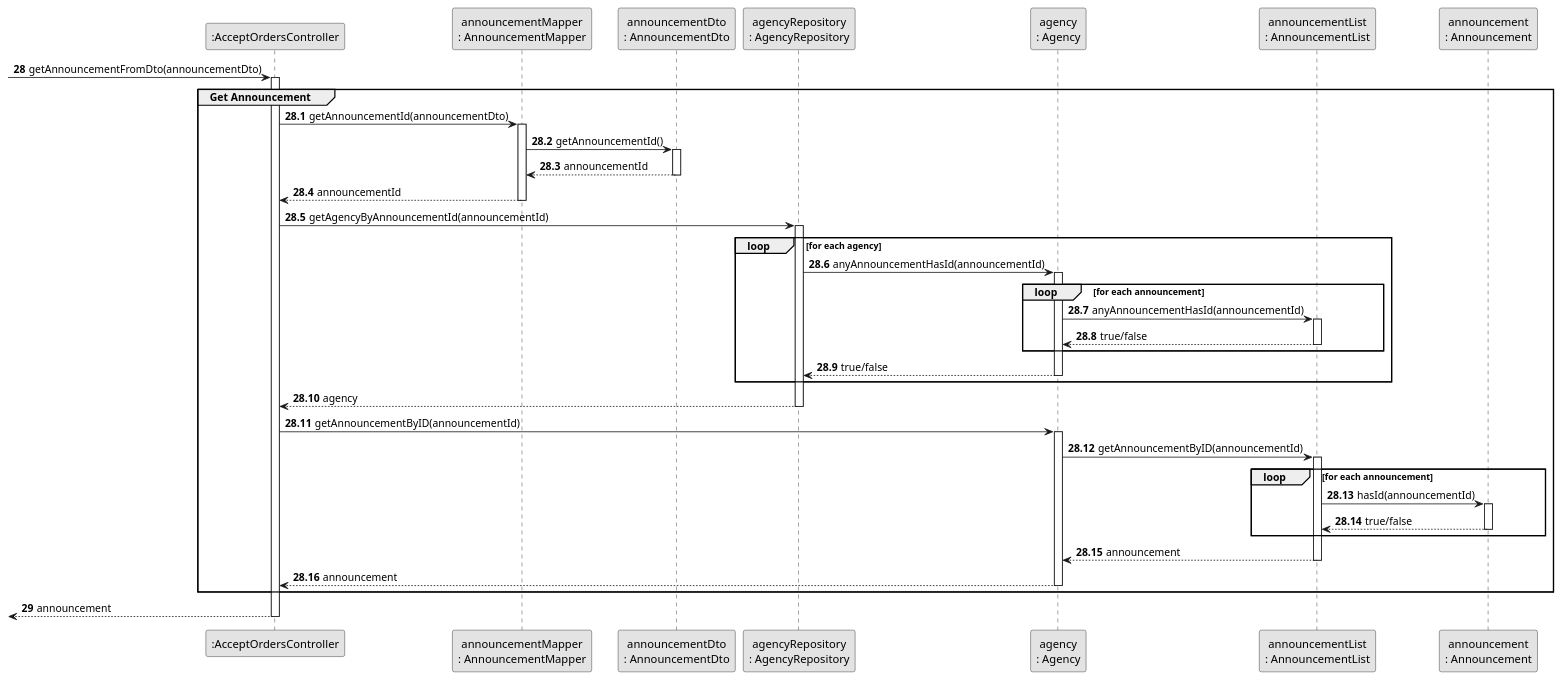
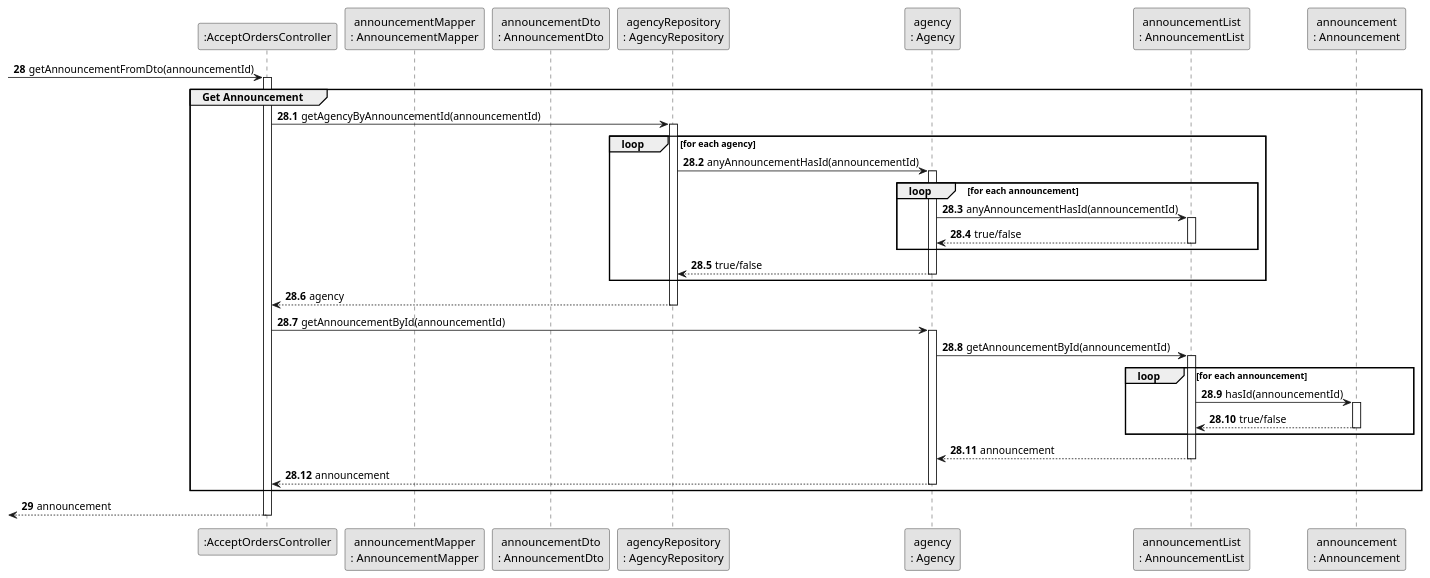
One commit to rita-barbosa/LAPR2-2223 changed the diagram in docs/sprintC/us011/03.design/puml/us011-sequence-diagram-partial-get-announcement.puml. Above: the diagram before and after it, drawn with PlantUML. The commit also changed 11 other files, not shown here.

Commit message:
Update diagrams: sequence & class [US011][Design][#05 Task]

```diff
--- a/docs/sprintC/us011/03.design/puml/us011-sequence-diagram-partial-get-announcement.puml
+++ b/docs/sprintC/us011/03.design/puml/us011-sequence-diagram-partial-get-announcement.puml
@@ -1,83 +1,73 @@
 @startuml
 skinparam monochrome true
 skinparam packageStyle rectangle
 skinparam shadowing false
 
 
 participant ":AcceptOrdersController" as CTRL
 participant "announcementMapper\n: AnnouncementMapper" as AnnMAPPER
 participant "announcementDto\n: AnnouncementDto" as AnnDTO
 participant "agencyRepository\n: AgencyRepository" as AgRep
 participant "agency\n: Agency" as AGENCY
 participant "announcementList\n: AnnouncementList" as AnnList
 participant "announcement\n: Announcement" as Announce
 
 autonumber 28
-    -> CTRL: getAnnouncementFromDto(announcementDto)
+    -> CTRL: getAnnouncementFromDto(announcementId)
     activate CTRL
 group Get Announcement
 autonumber 28.1
-    CTRL -> AnnMAPPER: getAnnouncementId(announcementDto)
-    activate AnnMAPPER
 
-    AnnMAPPER -> AnnDTO: getAnnouncementId()
-    activate AnnDTO
-
-    AnnDTO --> AnnMAPPER: announcementId
-    deactivate AnnDTO
-
-    AnnMAPPER --> CTRL: announcementId
-    deactivate AnnMAPPER
 
     CTRL -> AgRep: getAgencyByAnnouncementId(announcementId)
     activate AgRep
 
         loop for each agency
 
         AgRep -> AGENCY :  anyAnnouncementHasId(announcementId)
         activate AGENCY
             loop for each announcement
 
             AGENCY -> AnnList:  anyAnnouncementHasId(announcementId)
             activate AnnList
             AnnList --> AGENCY: true/false
             deactivate AnnList
 
             end loop
         AGENCY --> AgRep: true/false
         deactivate AGENCY
 
         end loop
 
     AgRep --> CTRL : agency
     deactivate AgRep
 
-    CTRL -> AGENCY :  getAnnouncementByID(announcementId)
+    CTRL -> AGENCY :  getAnnouncementById(announcementId)
     activate AGENCY
 
-    AGENCY -> AnnList : getAnnouncementByID(announcementId)
+    AGENCY -> AnnList : getAnnouncementById(announcementId)
     activate AnnList
 
         loop  for each announcement
 
         AnnList -> Announce : hasId(announcementId)
         activate Announce
 
         Announce -->AnnList :true/false
         deactivate Announce
 
         end loop
 
     AnnList --> AGENCY : announcement
     deactivate AnnList
 
     AGENCY --> CTRL : announcement
     deactivate AGENCY
 
 end group
 
 autonumber 29
     <-- CTRL: announcement
     deactivate CTRL
 
 @enduml
```
